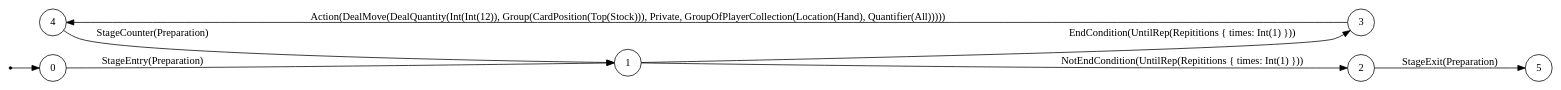
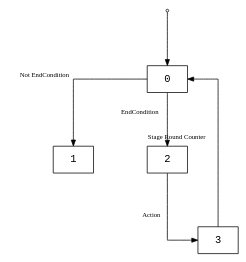
The diagram in front_end/tests_out/stage.dot (mentalcardgames/mcg), drawn with Graphviz before and after one commit. The commit also changed 35 other files, not shown here.

```diff
--- a/front_end/tests_out/stage.dot
+++ b/front_end/tests_out/stage.dot
@@ -1,12 +1,11 @@
-digraph FSM {
-  rankdir=LR;
-  node [shape = circle];
-  4 -> 1 [label="StageCounter(Preparation)"];
-  1 -> 3 [label="EndCondition(UntilRep(Repititions { times: Int(1) }))"];
-  0 -> 1 [label="StageEntry(Preparation)"];
-  1 -> 2 [label="NotEndCondition(UntilRep(Repititions { times: Int(1) }))"];
-  3 -> 4 [label="Action(DealMove(DealQuantity(Int(Int(12)), Group(CardPosition(Top(Stock))), Private, GroupOfPlayerCollection(Location(Hand), Quantifier(All)))))"];
-  2 -> 5 [label="StageExit(Preparation)"];
-  start [shape=point];
-  start -> 0;
+digraph CFG {
+  graph [splines=ortho, nodesep=1.0, ranksep=1.0, concentrate=true];
+  node [shape=box, fontname="Consolas, 'Courier New', monospace", style=filled, fillcolor="#ffffff", bordercolor="#333333"];
+  edge [fontname="Consolas", fontsize=9, arrowsize=0.8];
+  entry [shape=point];
+  entry -> 0;
+  3 -> 0 [xlabel=" Stage Round Counter "];
+  0 -> 1 [xlabel=" Not EndCondition "];
+  0 -> 2 [xlabel=" EndCondition "];
+  2 -> 3 [xlabel=" Action "];
 }
```
